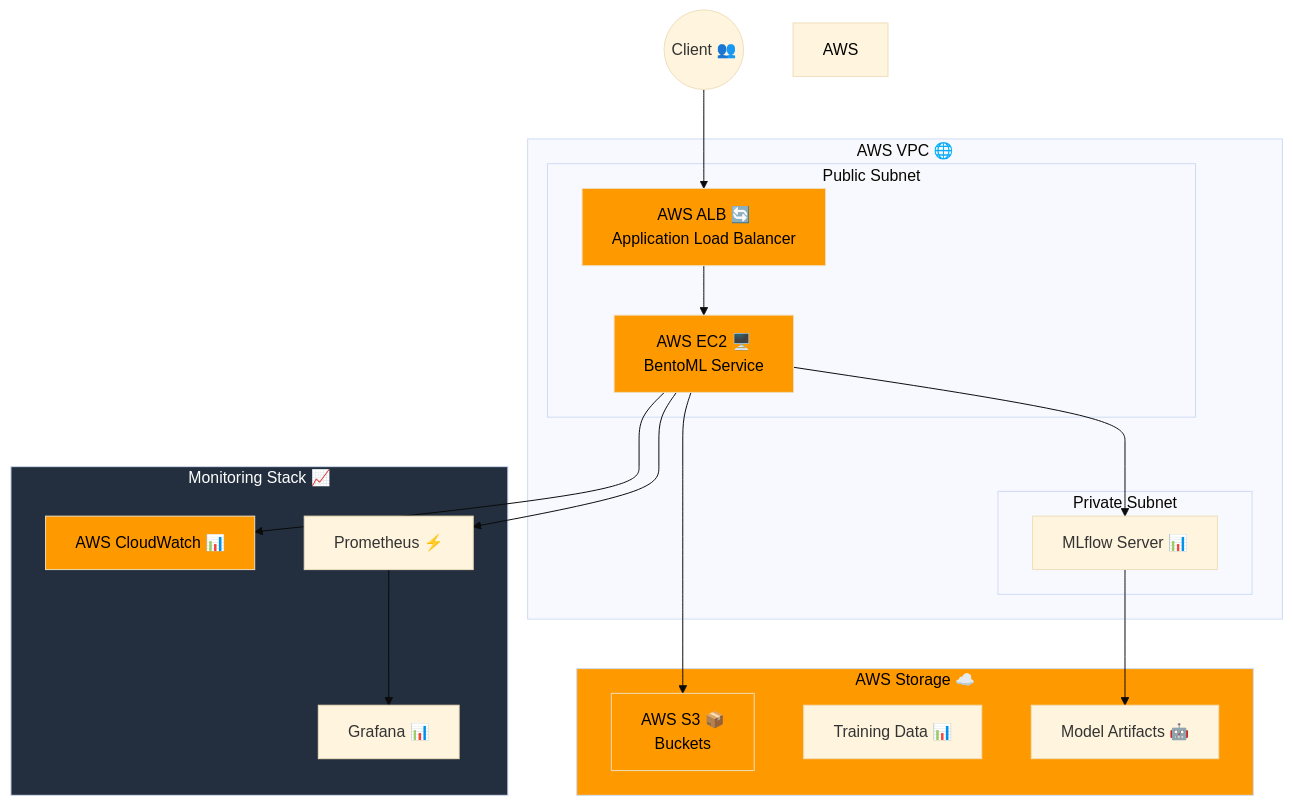
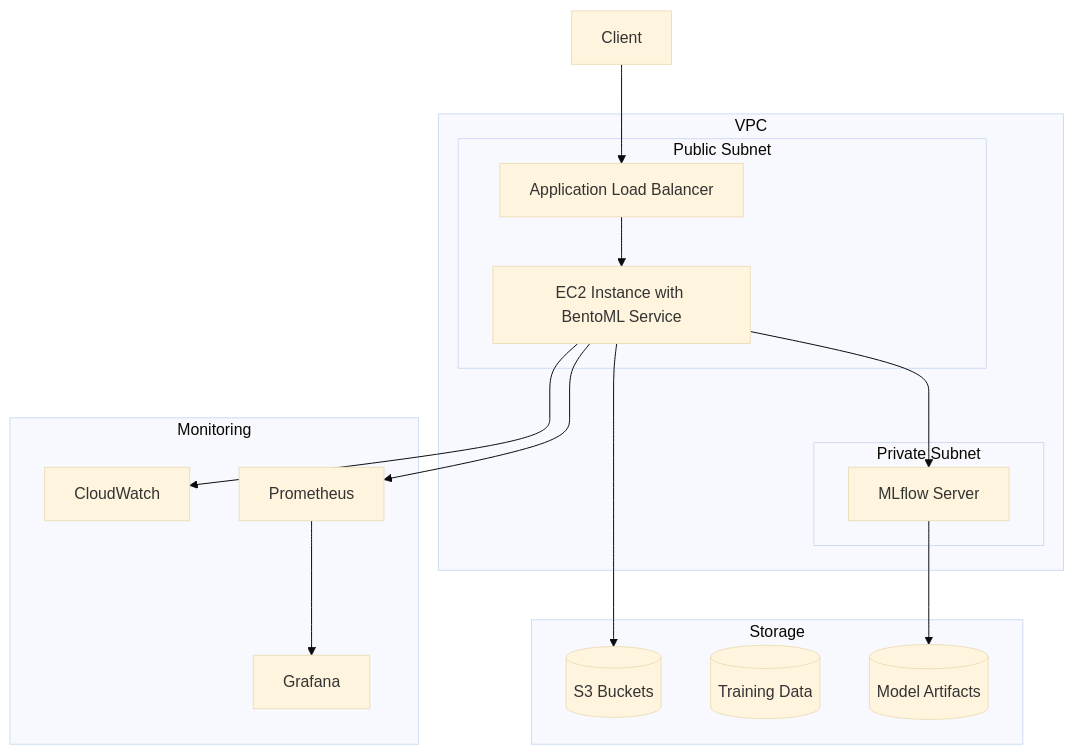
Before and after one commit to uma1r111/MLOps-ENERGY-Project: the diagram in README.md, drawn with Mermaid (base theme). The commit also changed other lines of this file and 5 other files, not shown here.

````diff
--- a/README.md
+++ b/README.md
@@ -101,42 +87,34 @@
 ```mermaid
 graph TB
-    subgraph AWS VPC["AWS VPC 🌐"]
+    subgraph VPC
         subgraph Public Subnet
-            ALB["AWS ALB 🔄<br/>Application Load Balancer"]
-            EC2["AWS EC2 🖥️<br/>BentoML Service"]
+            ALB[Application Load Balancer]
+            EC2[EC2 Instance with BentoML Service]
         end
         
         subgraph Private Subnet
-            MLflow["MLflow Server 📊"]
+            MLflow[MLflow Server]
         end
     end
     
-    subgraph Storage["AWS Storage ☁️"]
-        S3["AWS S3 📦<br/>Buckets"]
-        S3_Data["Training Data 📊"]
-        S3_Models["Model Artifacts 🤖"]
+    subgraph Storage
+        S3[(S3 Buckets)]
+        S3_Data[(Training Data)]
+        S3_Models[(Model Artifacts)]
     end
     
-    subgraph Monitoring["Monitoring Stack 📈"]
-        CW["AWS CloudWatch 📊"]
-        Prom["Prometheus ⚡"]
-        Graf["Grafana 📊"]
+    subgraph Monitoring
+        CW[CloudWatch]
+        Prom[Prometheus]
+        Graf[Grafana]
     end
     
-    Client(("Client 👥"))-->ALB
+    Client-->ALB
     ALB-->EC2
     EC2-->S3
     EC2-->MLflow
     EC2-->CW
     MLflow-->S3_Models
     EC2-->Prom
     Prom-->Graf
-
-    style AWS VPC fill:#FF9900,color:#000
-    style Storage fill:#FF9900,color:#000
-    style Monitoring fill:#232F3E,color:#fff
-    style EC2 fill:#FF9900,color:#000
-    style S3 fill:#FF9900,color:#000
-    style CW fill:#FF9900,color:#000
-    style ALB fill:#FF9900,color:#000
 ```
````
